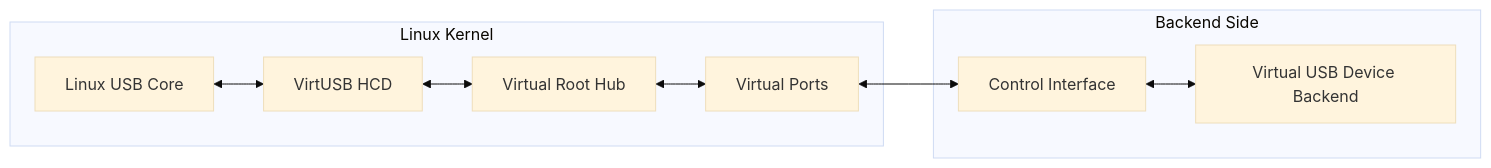
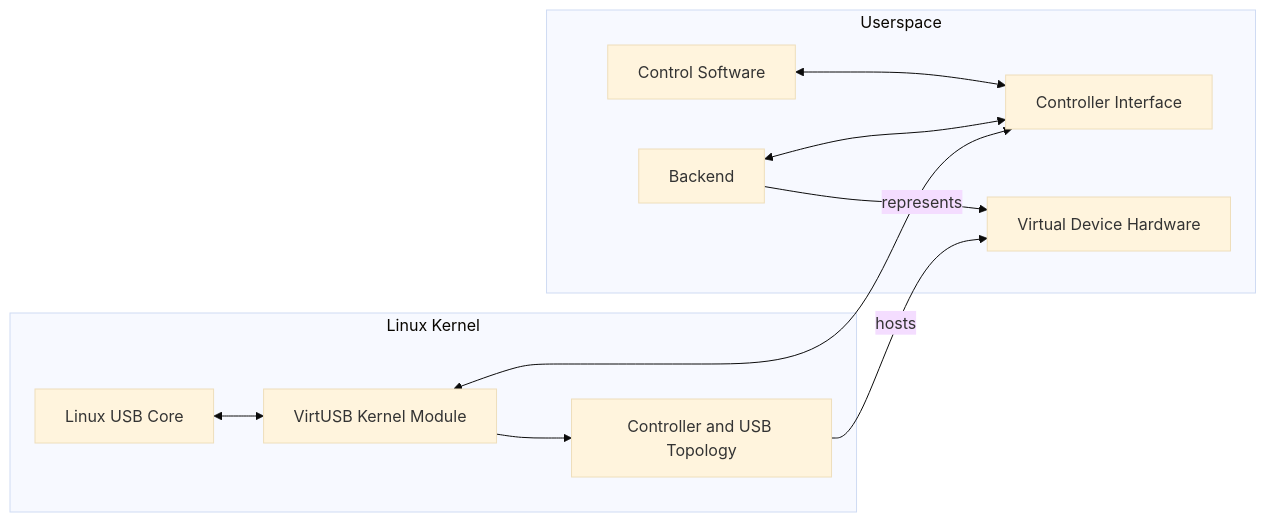
One commit to RomanBuchert/VirtUSB changed the fifth of 8 diagrams in doc/architecture/system-overview.md. Above: the diagram before and after it, drawn with Mermaid (base theme). The commit also changed other lines of this file and 6 other files, not shown here.

First line of the commit message:
docs: refine architecture and requirements documentation (WIP)

````diff
--- a/doc/architecture/system-overview.md
+++ b/doc/architecture/system-overview.md
@@ -188,21 +368,25 @@
 ```mermaid
 flowchart LR
-   subgraph linux[Linux Kernel]
-      usbcore[Linux USB Core]
-      hcd[VirtUSB HCD]
-      roothub[Virtual Root Hub]
-      ports[Virtual Ports]
+   subgraph linux["Linux Kernel"]
+      usbcore["Linux USB Core"]
+      virtusb["VirtUSB Kernel Module"]
+      topology["Controller and USB Topology"]
 
-      usbcore <--> hcd
-      hcd <--> roothub
-      roothub <--> ports
+      usbcore <--> virtusb
+      virtusb --> topology
    end
 
-   subgraph external[Backend Side]
-      control[Control Interface]
-      backend[Virtual USB Device Backend]
+   subgraph userspace["Userspace"]
+      interface["Controller Interface"]
+      control["Control Software"]
+      backend["Backend"]
+      hardware["Virtual Device Hardware"]
+
+      control <--> interface
+      backend <--> interface
+      backend -->|"represents"| hardware
    end
 
-   ports <--> control
-   control <--> backend
+   virtusb <--> interface
+   topology -->|"hosts"| hardware
 ```
````
